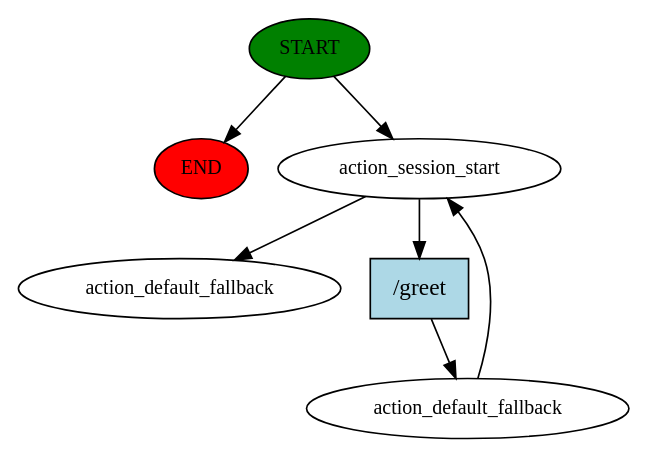
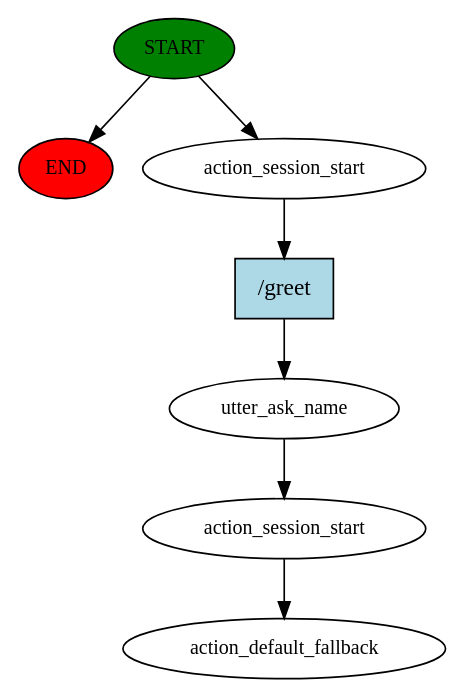
One commit to wipdata31/wipdata_ai_bot_brain changed the diagram in story_graph.dot. Above: the diagram before and after it, drawn with Graphviz. The commit also changed 1308 other files, not shown here.

```diff
--- a/story_graph.dot
+++ b/story_graph.dot
@@ -1,14 +1,15 @@
 digraph  {
 0 [class="start active", fillcolor=green, fontsize=12, label=START, style=filled];
 "-1" [class=end, fillcolor=red, fontsize=12, label=END, style=filled];
 1 [class=active, fontsize=12, label=action_session_start];
-2 [class=active, fontsize=12, label=action_default_fallback];
+2 [class=active, fontsize=12, label=utter_ask_name];
+3 [class=active, fontsize=12, label=action_session_start];
 4 [class="dashed active", fontsize=12, label=action_default_fallback];
 5 [class="intent active", fillcolor=lightblue, label="/greet", shape=rect, style=filled];
 0 -> "-1"  [class="", key=NONE, label=""];
 0 -> 1  [class=active, key=NONE, label=""];
-1 -> 4  [class=active, key=NONE, label=""];
 1 -> 5  [class=active, key=0];
-2 -> 1  [class=active, key=NONE, label=""];
+2 -> 3  [class=active, key=NONE, label=""];
+3 -> 4  [class=active, key=NONE, label=""];
 5 -> 2  [class=active, key=0];
 }
```
